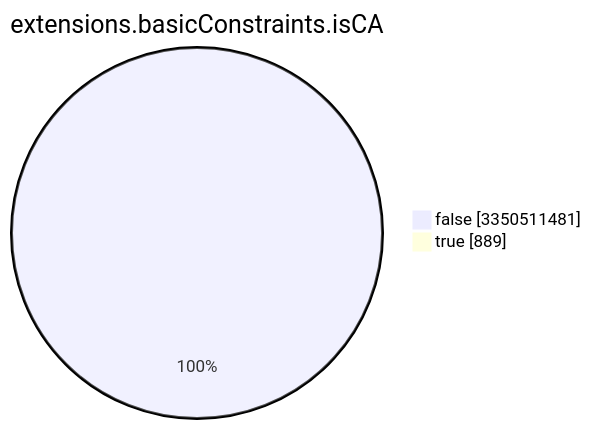
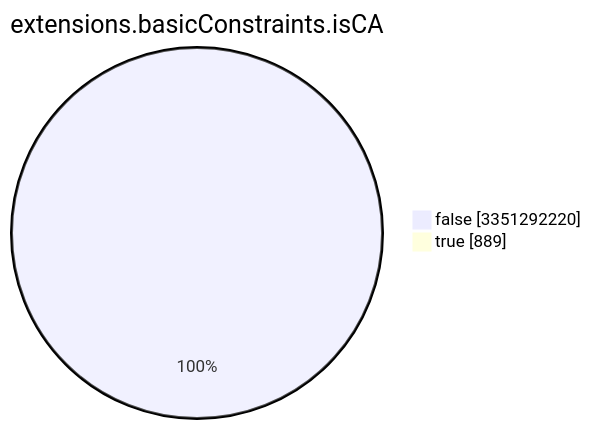
The seventh of 15 diagrams in TOTAL/README.md (christiankrug/ctmonitor_visualization), drawn with Mermaid before and after one commit. The commit also changed other lines of this file, not shown here.

````diff
--- a/TOTAL/README.md
+++ b/TOTAL/README.md
@@ -3089,6 +3089,6 @@
 ```mermaid
 pie showData
 title extensions.basicConstraints.isCA
-"false" :3350511481
+"false" :3351292220
 "true" :889
 ```
````
